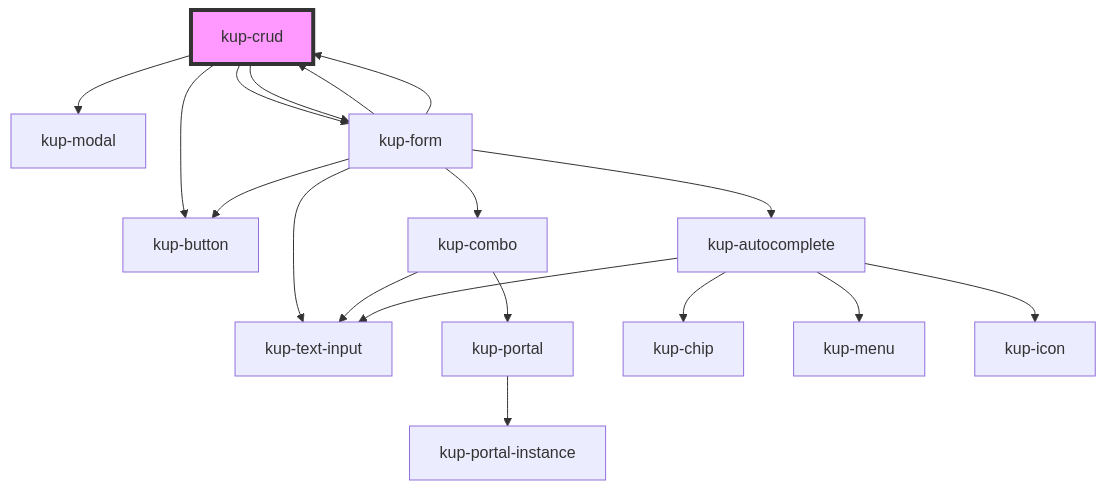
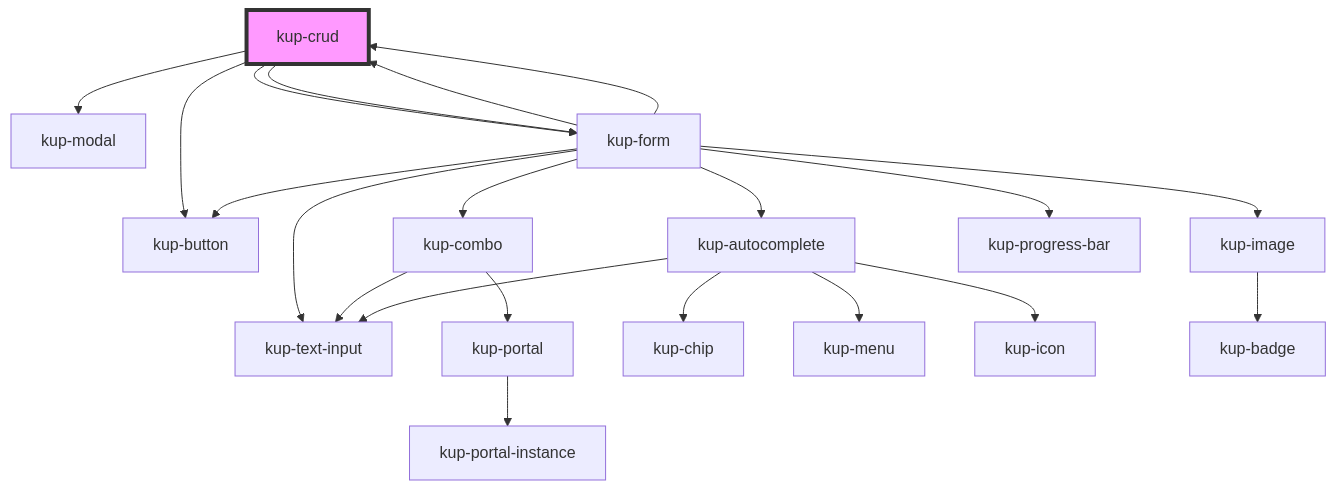
Before and after one commit to smeup/ketchup: the diagram in packages/ketchup/src/components/kup-crud/readme.md, drawn with Mermaid. The commit also changed 10 other files, not shown here.

Commit message:
kup form: IMG and PGB as shape or as obj

````diff
--- a/packages/ketchup/src/components/kup-crud/readme.md
+++ b/packages/ketchup/src/components/kup-crud/readme.md
@@ -82,21 +82,24 @@
 ```mermaid
 graph TD;
   kup-crud --> kup-button
   kup-crud --> kup-modal
   kup-crud --> kup-form
   kup-crud --> kup-form
-  kup-form --> kup-text-input
   kup-form --> kup-combo
   kup-form --> kup-crud
   kup-form --> kup-autocomplete
+  kup-form --> kup-image
+  kup-form --> kup-progress-bar
+  kup-form --> kup-text-input
   kup-form --> kup-button
   kup-form --> kup-crud
   kup-combo --> kup-text-input
   kup-combo --> kup-portal
   kup-portal --> kup-portal-instance
   kup-autocomplete --> kup-chip
   kup-autocomplete --> kup-text-input
   kup-autocomplete --> kup-menu
   kup-autocomplete --> kup-icon
+  kup-image --> kup-badge
   style kup-crud fill:#f9f,stroke:#333,stroke-width:4px
 ```
````
